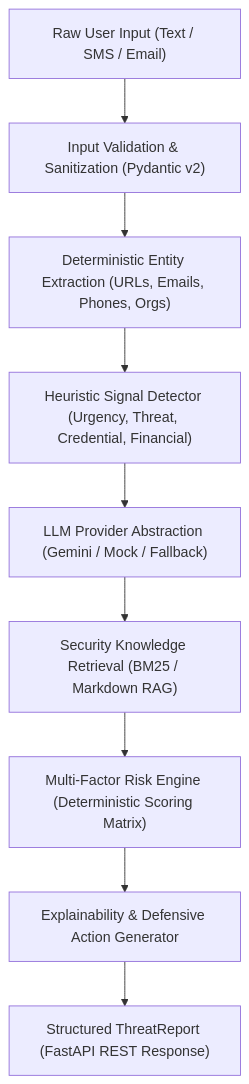
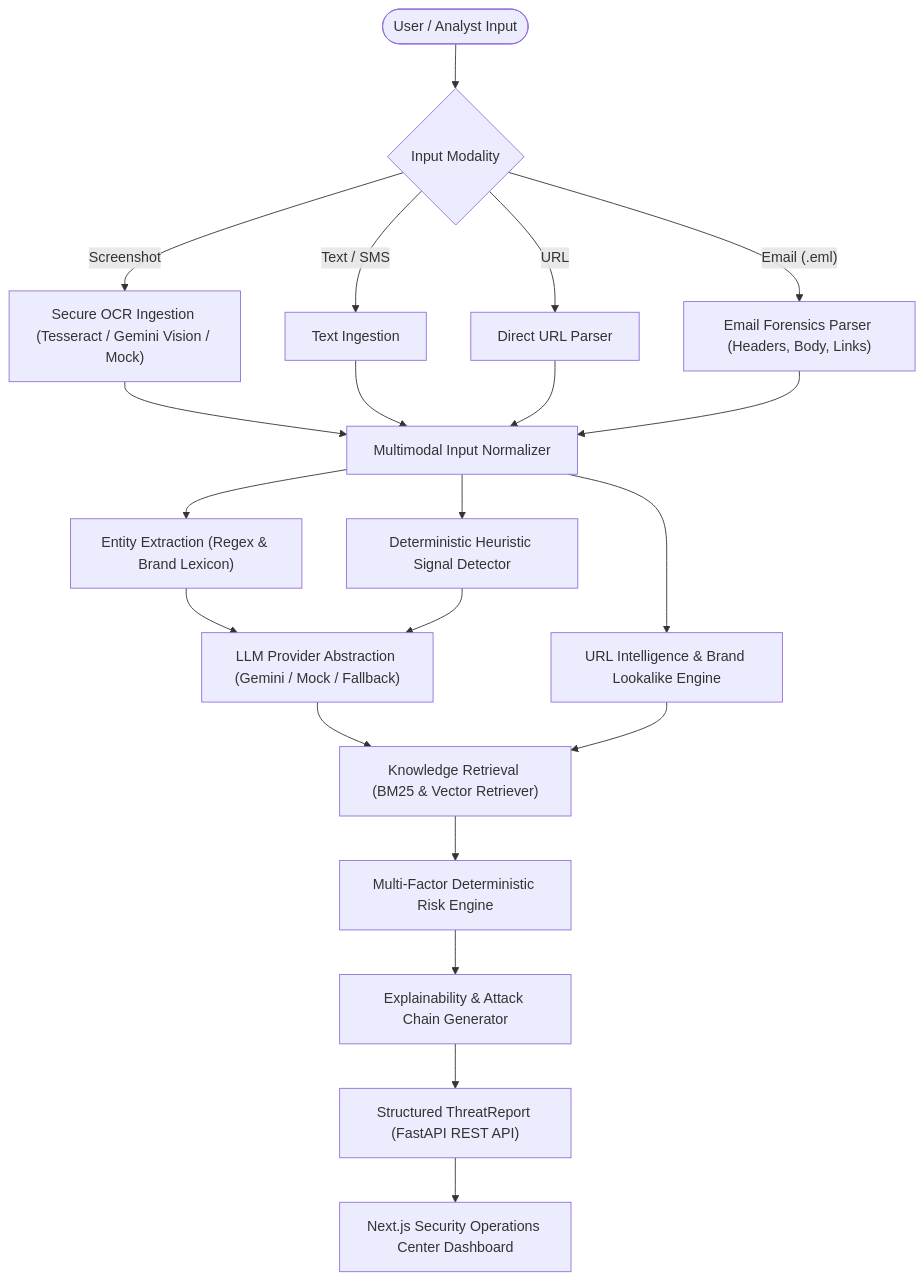
One commit to atleekumaar/ScamShield-AI changed the diagram in docs/architecture.md. Above: the diagram before and after it, drawn with Mermaid. The commit also changed other lines of this file and 38 other files, not shown here.

Commit message:
feat: add multimodal threat intelligence and security dashboard

````diff
--- a/docs/architecture.md
+++ b/docs/architecture.md
@@ -15,11 +13,30 @@
 ```mermaid
 flowchart TD
-    A["Raw User Input (Text / SMS / Email)"] --> B["Input Validation & Sanitization (Pydantic v2)"]
-    B --> C["Deterministic Entity Extraction (URLs, Emails, Phones, Orgs)"]
-    C --> D["Heuristic Signal Detector (Urgency, Threat, Credential, Financial)"]
-    D --> E["LLM Provider Abstraction (Gemini / Mock / Fallback)"]
-    E --> F["Security Knowledge Retrieval (BM25 / Markdown RAG)"]
-    F --> G["Multi-Factor Risk Engine (Deterministic Scoring Matrix)"]
-    G --> H["Explainability & Defensive Action Generator"]
-    H --> I["Structured ThreatReport (FastAPI REST Response)"]
+    User(["User / Analyst Input"]) --> InputHub{"Input Modality"}
+    
+    InputHub -->|"Text / SMS"| TextPipe["Text Ingestion"]
+    InputHub -->|"Screenshot"| OCRPipe["Secure OCR Ingestion (Tesseract / Gemini Vision / Mock)"]
+    InputHub -->|"URL"| URLPipe["Direct URL Parser"]
+    InputHub -->|"Email (.eml)"| EmailPipe["Email Forensics Parser (Headers, Body, Links)"]
+    
+    OCRPipe --> Normalizer["Multimodal Input Normalizer"]
+    TextPipe --> Normalizer
+    URLPipe --> Normalizer
+    EmailPipe --> Normalizer
+    
+    Normalizer --> EntityExt["Entity Extraction (Regex & Brand Lexicon)"]
+    Normalizer --> Heuristics["Deterministic Heuristic Signal Detector"]
+    Normalizer --> URLIntel["URL Intelligence & Brand Lookalike Engine"]
+    
+    EntityExt --> LLMProv["LLM Provider Abstraction (Gemini / Mock / Fallback)"]
+    Heuristics --> LLMProv
+    
+    LLMProv --> RAG["Knowledge Retrieval (BM25 & Vector Retriever)"]
+    URLIntel --> RAG
+    
+    RAG --> RiskEng["Multi-Factor Deterministic Risk Engine"]
+    
+    RiskEng --> Explain["Explainability & Attack Chain Generator"]
+    Explain --> FinalReport["Structured ThreatReport (FastAPI REST API)"]
+    FinalReport --> Dashboard["Next.js Security Operations Center Dashboard"]
 ```
````
